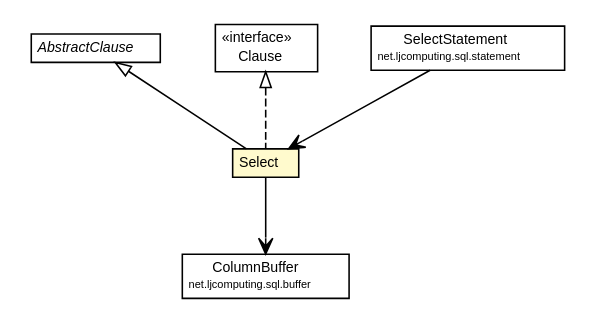
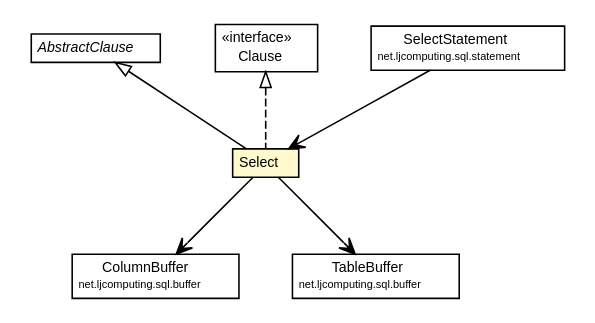
Before and after one commit to willmorejg/net.ljcomputing.sql: the diagram in docs/javadoc/apidocs/net/ljcomputing/sql/clause/Select.dot, drawn with Graphviz. The commit also changed 239 other files, not shown here.

```diff
--- a/docs/javadoc/apidocs/net/ljcomputing/sql/clause/Select.dot
+++ b/docs/javadoc/apidocs/net/ljcomputing/sql/clause/Select.dot
@@ -1,53 +1,62 @@
 #!/usr/local/bin/dot
 #
 # Class diagram 
 # Generated by UMLGraph version R5_6 (http://www.umlgraph.org/)
 #
 
 digraph G {
 	edge [fontname="Helvetica",fontsize=10,labelfontname="Helvetica",labelfontsize=10];
 	node [fontname="Helvetica",fontsize=10,shape=plaintext];
 	nodesep=0.25;
 	ranksep=0.5;
 	// net.ljcomputing.sql.clause.AbstractClause
-	c584 [label=<<table title="net.ljcomputing.sql.clause.AbstractClause" border="0" cellborder="1" cellspacing="0" cellpadding="2" port="p" href="./AbstractClause.html">
+	c877 [label=<<table title="net.ljcomputing.sql.clause.AbstractClause" border="0" cellborder="1" cellspacing="0" cellpadding="2" port="p" href="./AbstractClause.html">
 		<tr><td><table border="0" cellspacing="0" cellpadding="1">
 <tr><td align="center" balign="center"><font face="Helvetica-Oblique"> AbstractClause </font></td></tr>
 		</table></td></tr>
 		</table>>, URL="./AbstractClause.html", fontname="Helvetica", fontcolor="black", fontsize=9.0];
 	// net.ljcomputing.sql.clause.Select
-	c586 [label=<<table title="net.ljcomputing.sql.clause.Select" border="0" cellborder="1" cellspacing="0" cellpadding="2" port="p" bgcolor="lemonChiffon" href="./Select.html">
+	c879 [label=<<table title="net.ljcomputing.sql.clause.Select" border="0" cellborder="1" cellspacing="0" cellpadding="2" port="p" bgcolor="lemonChiffon" href="./Select.html">
 		<tr><td><table border="0" cellspacing="0" cellpadding="1">
 <tr><td align="center" balign="center"> Select </td></tr>
 		</table></td></tr>
 		</table>>, URL="./Select.html", fontname="Helvetica", fontcolor="black", fontsize=9.0];
 	// net.ljcomputing.sql.clause.Clause
-	c587 [label=<<table title="net.ljcomputing.sql.clause.Clause" border="0" cellborder="1" cellspacing="0" cellpadding="2" port="p" href="./Clause.html">
+	c880 [label=<<table title="net.ljcomputing.sql.clause.Clause" border="0" cellborder="1" cellspacing="0" cellpadding="2" port="p" href="./Clause.html">
 		<tr><td><table border="0" cellspacing="0" cellpadding="1">
 <tr><td align="center" balign="center"> &#171;interface&#187; </td></tr>
 <tr><td align="center" balign="center"> Clause </td></tr>
 		</table></td></tr>
 		</table>>, URL="./Clause.html", fontname="Helvetica", fontcolor="black", fontsize=9.0];
 	// net.ljcomputing.sql.statement.SelectStatement
-	c593 [label=<<table title="net.ljcomputing.sql.statement.SelectStatement" border="0" cellborder="1" cellspacing="0" cellpadding="2" port="p" href="../statement/SelectStatement.html">
+	c887 [label=<<table title="net.ljcomputing.sql.statement.SelectStatement" border="0" cellborder="1" cellspacing="0" cellpadding="2" port="p" href="../statement/SelectStatement.html">
 		<tr><td><table border="0" cellspacing="0" cellpadding="1">
 <tr><td align="center" balign="center"> SelectStatement </td></tr>
 <tr><td align="center" balign="center"><font point-size="7.0"> net.ljcomputing.sql.statement </font></td></tr>
 		</table></td></tr>
 		</table>>, URL="../statement/SelectStatement.html", fontname="Helvetica", fontcolor="black", fontsize=9.0];
 	// net.ljcomputing.sql.buffer.ColumnBuffer
-	c595 [label=<<table title="net.ljcomputing.sql.buffer.ColumnBuffer" border="0" cellborder="1" cellspacing="0" cellpadding="2" port="p" href="../buffer/ColumnBuffer.html">
+	c889 [label=<<table title="net.ljcomputing.sql.buffer.ColumnBuffer" border="0" cellborder="1" cellspacing="0" cellpadding="2" port="p" href="../buffer/ColumnBuffer.html">
 		<tr><td><table border="0" cellspacing="0" cellpadding="1">
 <tr><td align="center" balign="center"> ColumnBuffer </td></tr>
 <tr><td align="center" balign="center"><font point-size="7.0"> net.ljcomputing.sql.buffer </font></td></tr>
 		</table></td></tr>
 		</table>>, URL="../buffer/ColumnBuffer.html", fontname="Helvetica", fontcolor="black", fontsize=9.0];
+	// net.ljcomputing.sql.buffer.TableBuffer
+	c890 [label=<<table title="net.ljcomputing.sql.buffer.TableBuffer" border="0" cellborder="1" cellspacing="0" cellpadding="2" port="p" href="../buffer/TableBuffer.html">
+		<tr><td><table border="0" cellspacing="0" cellpadding="1">
+<tr><td align="center" balign="center"> TableBuffer </td></tr>
+<tr><td align="center" balign="center"><font point-size="7.0"> net.ljcomputing.sql.buffer </font></td></tr>
+		</table></td></tr>
+		</table>>, URL="../buffer/TableBuffer.html", fontname="Helvetica", fontcolor="black", fontsize=9.0];
 	//net.ljcomputing.sql.clause.Select extends net.ljcomputing.sql.clause.AbstractClause
-	c584:p -> c586:p [dir=back,arrowtail=empty];
+	c877:p -> c879:p [dir=back,arrowtail=empty];
 	//net.ljcomputing.sql.clause.Select implements net.ljcomputing.sql.clause.Clause
-	c587:p -> c586:p [dir=back,arrowtail=empty,style=dashed];
+	c880:p -> c879:p [dir=back,arrowtail=empty,style=dashed];
 	// net.ljcomputing.sql.clause.Select NAVASSOC net.ljcomputing.sql.buffer.ColumnBuffer
-	c586:p -> c595:p [taillabel="", label="", headlabel="", fontname="Helvetica", fontcolor="black", fontsize=10.0, color="black", arrowhead=open];
+	c879:p -> c889:p [taillabel="", label="", headlabel="", fontname="Helvetica", fontcolor="black", fontsize=10.0, color="black", arrowhead=open];
+	// net.ljcomputing.sql.clause.Select NAVASSOC net.ljcomputing.sql.buffer.TableBuffer
+	c879:p -> c890:p [taillabel="", label="", headlabel="", fontname="Helvetica", fontcolor="black", fontsize=10.0, color="black", arrowhead=open];
 	// net.ljcomputing.sql.statement.SelectStatement NAVASSOC net.ljcomputing.sql.clause.Select
-	c593:p -> c586:p [taillabel="", label="", headlabel="", fontname="Helvetica", fontcolor="black", fontsize=10.0, color="black", arrowhead=open];
+	c887:p -> c879:p [taillabel="", label="", headlabel="", fontname="Helvetica", fontcolor="black", fontsize=10.0, color="black", arrowhead=open];
 }
```
